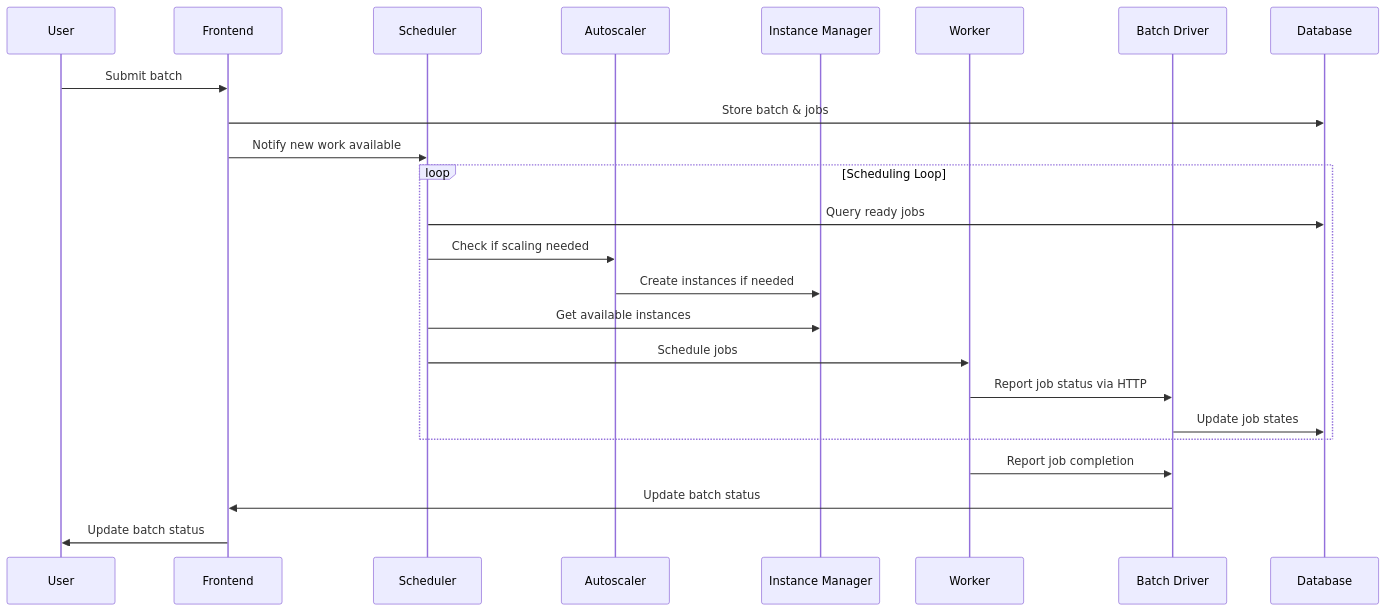
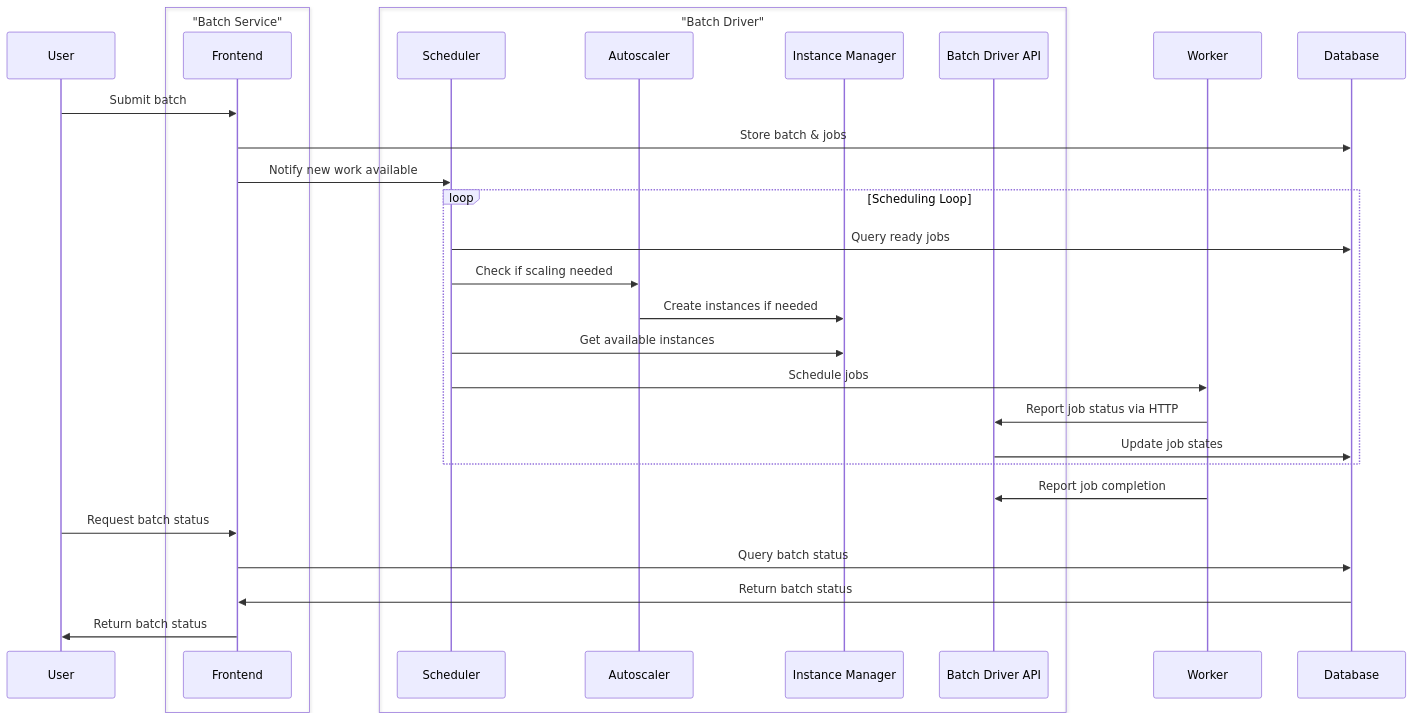
Before and after one commit to cjllanwarne/hail: the ninth of 9 diagrams in dev-docs/services/batch/code-structure.md, drawn with Mermaid.

````diff
--- a/dev-docs/services/batch/code-structure.md
+++ b/dev-docs/services/batch/code-structure.md
@@ -388,29 +388,38 @@
 ```mermaid
 sequenceDiagram
     participant U as User
-    participant FE as Frontend
-    participant SC as Scheduler
-    participant AS as Autoscaler
-    participant ICM as Instance Manager
+
+    box "Batch Service"
+        participant FE as Frontend
+    end
+
+    box "Batch Driver"
+        participant SC as Scheduler
+        participant AS as Autoscaler
+        participant ICM as Instance Manager    
+        participant BDAPI as Batch Driver API
+    end
+    
     participant W as Worker
-    participant BD as Batch Driver
     participant DB as Database
-    
+
     U->>FE: Submit batch
     FE->>DB: Store batch & jobs
     FE->>SC: Notify new work available
     
     loop Scheduling Loop
         SC->>DB: Query ready jobs
         SC->>AS: Check if scaling needed
         AS->>ICM: Create instances if needed
         SC->>ICM: Get available instances
         SC->>W: Schedule jobs
-        W->>BD: Report job status via HTTP
-        BD->>DB: Update job states
+        W->>BDAPI: Report job status via HTTP
+        BDAPI->>DB: Update job states
     end
     
-    W->>BD: Report job completion
-    BD->>FE: Update batch status
-    FE->>U: Update batch status
+    W->>BDAPI: Report job completion
+    U->>FE: Request batch status
+    FE->>DB: Query batch status
+    DB->>FE: Return batch status
+    FE->>U: Return batch status
 ```
````
